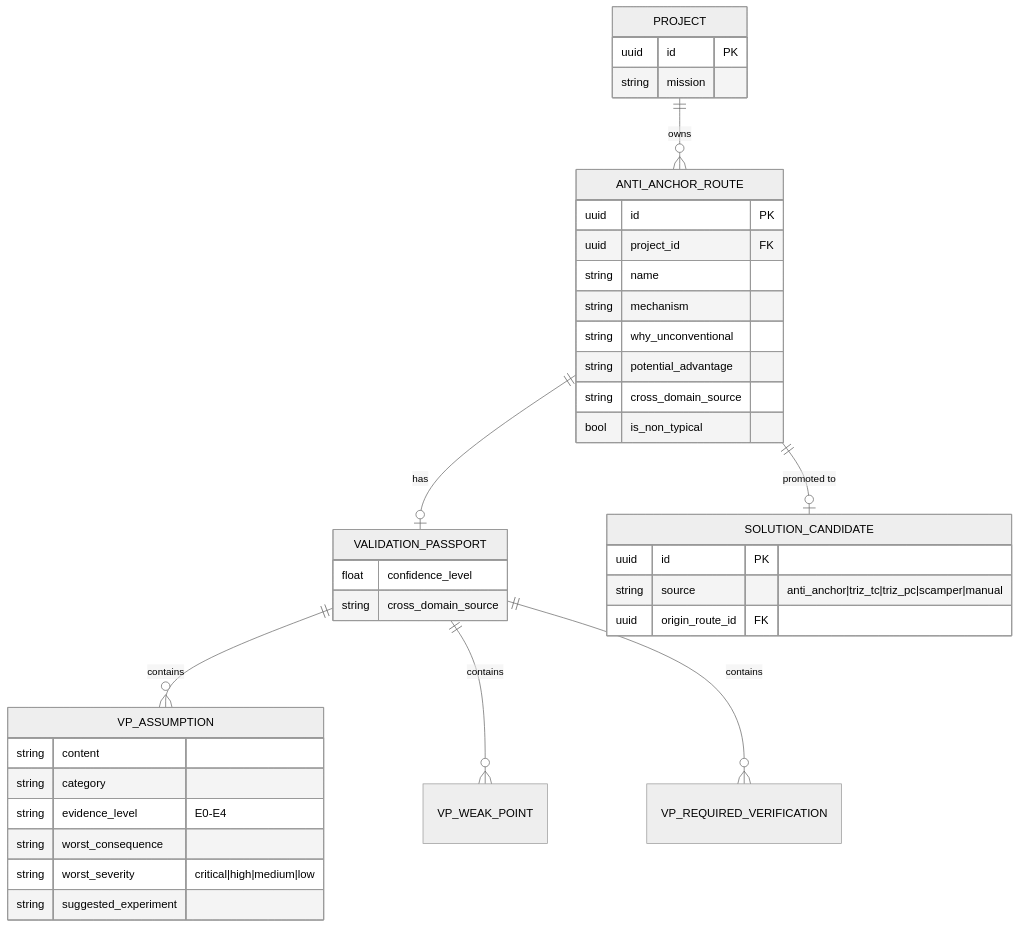
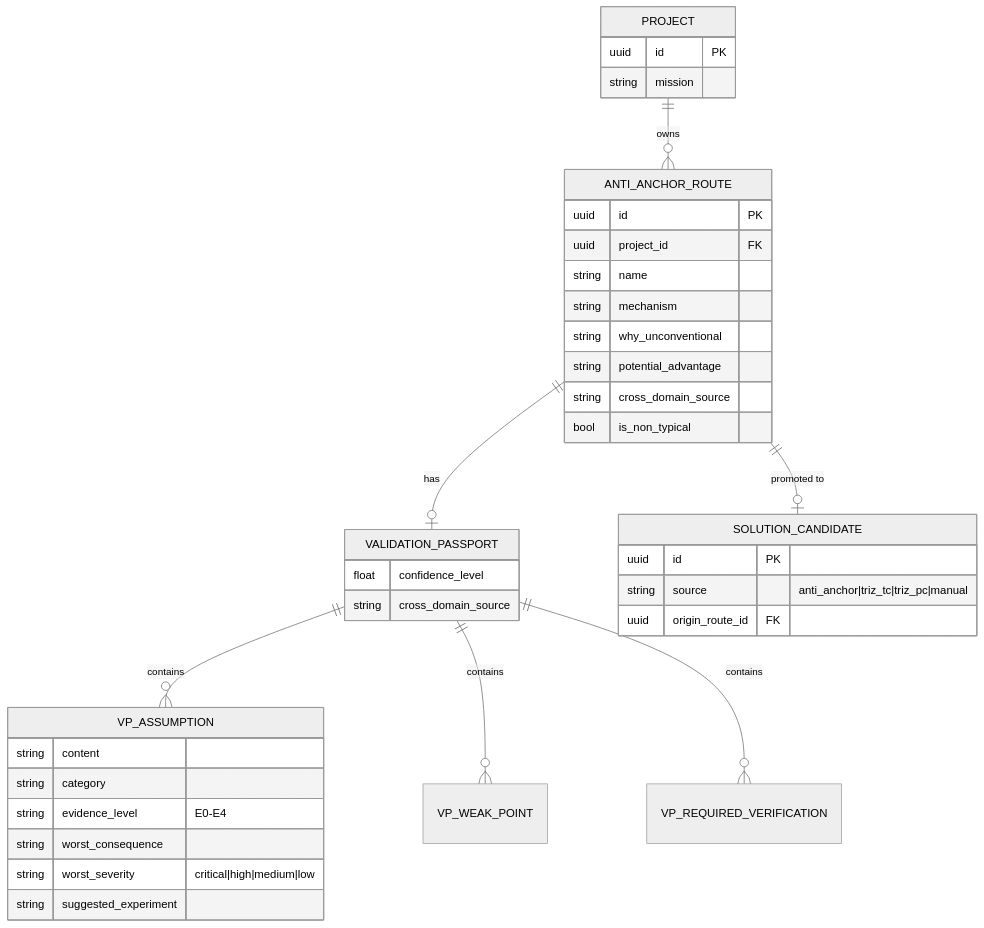
One commit to Zenobia0000/RD_copilot_system changed the sixth of 23 diagrams in docs/01-define/diagrams/appendix-c--reverse-anti-anchor.md. Above: the diagram before and after it, drawn with Mermaid. The commit also changed other lines of this file and 77 other files, not shown here.

First line of the commit message:
refactor: SCAMPER 移除 — 7 動作為 TRIZ 40 原理子集 (v9)

````diff
--- a/docs/01-define/diagrams/appendix-c--reverse-anti-anchor.md
+++ b/docs/01-define/diagrams/appendix-c--reverse-anti-anchor.md
@@ -313,42 +313,42 @@
 ```mermaid
 %%{init: {'theme': 'neutral'}}%%
 erDiagram
     PROJECT ||--o{ ANTI_ANCHOR_ROUTE : owns
     ANTI_ANCHOR_ROUTE ||--o| VALIDATION_PASSPORT : has
     VALIDATION_PASSPORT ||--o{ VP_ASSUMPTION : contains
     VALIDATION_PASSPORT ||--o{ VP_WEAK_POINT : contains
     VALIDATION_PASSPORT ||--o{ VP_REQUIRED_VERIFICATION : contains
     ANTI_ANCHOR_ROUTE ||--o| SOLUTION_CANDIDATE : "promoted to"
 
     PROJECT {
         uuid id PK
         string mission
     }
     ANTI_ANCHOR_ROUTE {
         uuid id PK
         uuid project_id FK
         string name
         string mechanism
         string why_unconventional
         string potential_advantage
         string cross_domain_source
         bool is_non_typical
     }
     VALIDATION_PASSPORT {
         float confidence_level
         string cross_domain_source
     }
     VP_ASSUMPTION {
         string content
         string category
         string evidence_level "E0-E4"
         string worst_consequence
         string worst_severity "critical|high|medium|low"
         string suggested_experiment
     }
     SOLUTION_CANDIDATE {
         uuid id PK
-        string source "anti_anchor|triz_tc|triz_pc|scamper|manual"
+        string source "anti_anchor|triz_tc|triz_pc|manual"
         uuid origin_route_id FK
     }
 ```
````
